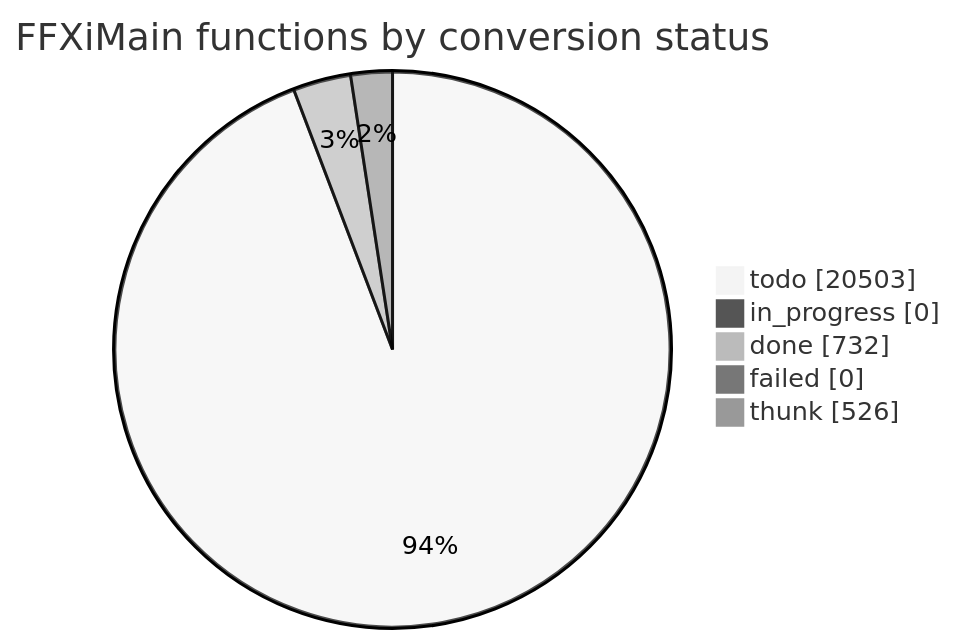
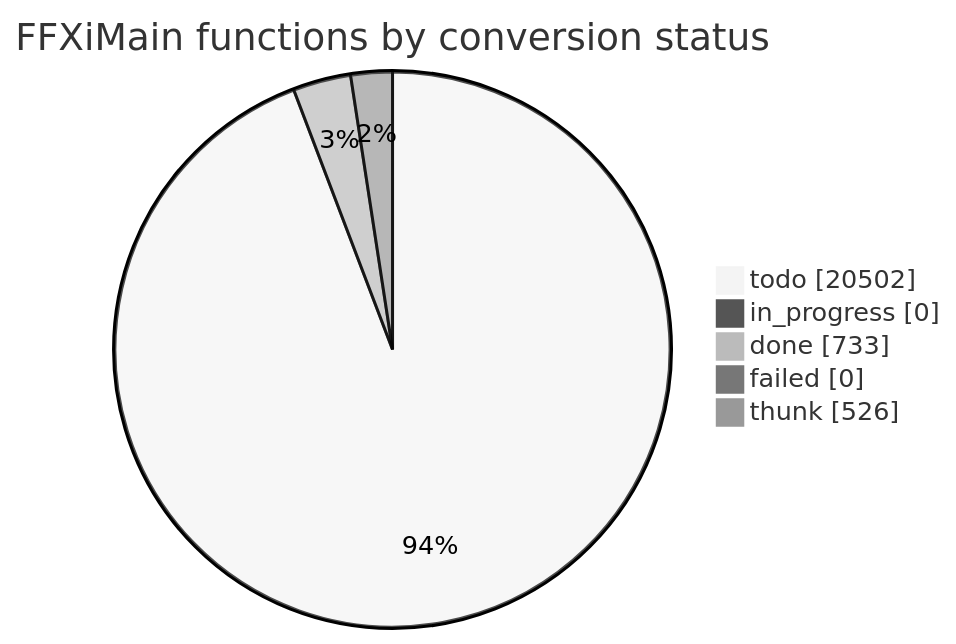
Before and after one commit to cowrevenge/cow_kuluu_xi_anything: the diagram in docs/cow/STATUS.md, drawn with Mermaid (neutral theme). The commit also changed other lines of this file and 9 other files, not shown here.

````diff
--- a/docs/cow/STATUS.md
+++ b/docs/cow/STATUS.md
@@ -18,9 +18,9 @@
 ```mermaid
 pie showData
     title FFXiMain functions by conversion status
-    "todo" : 20503
+    "todo" : 20502
     "in_progress" : 0
-    "done" : 732
+    "done" : 733
     "failed" : 0
     "thunk" : 526
 ```
````
